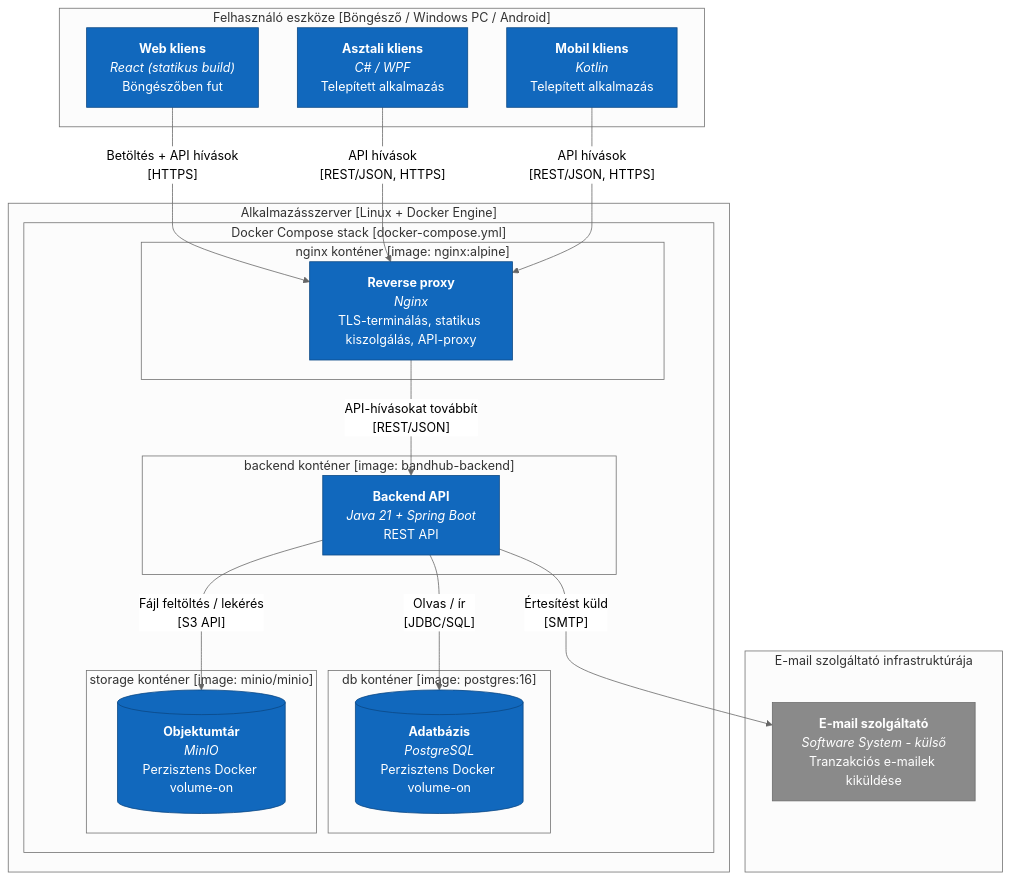
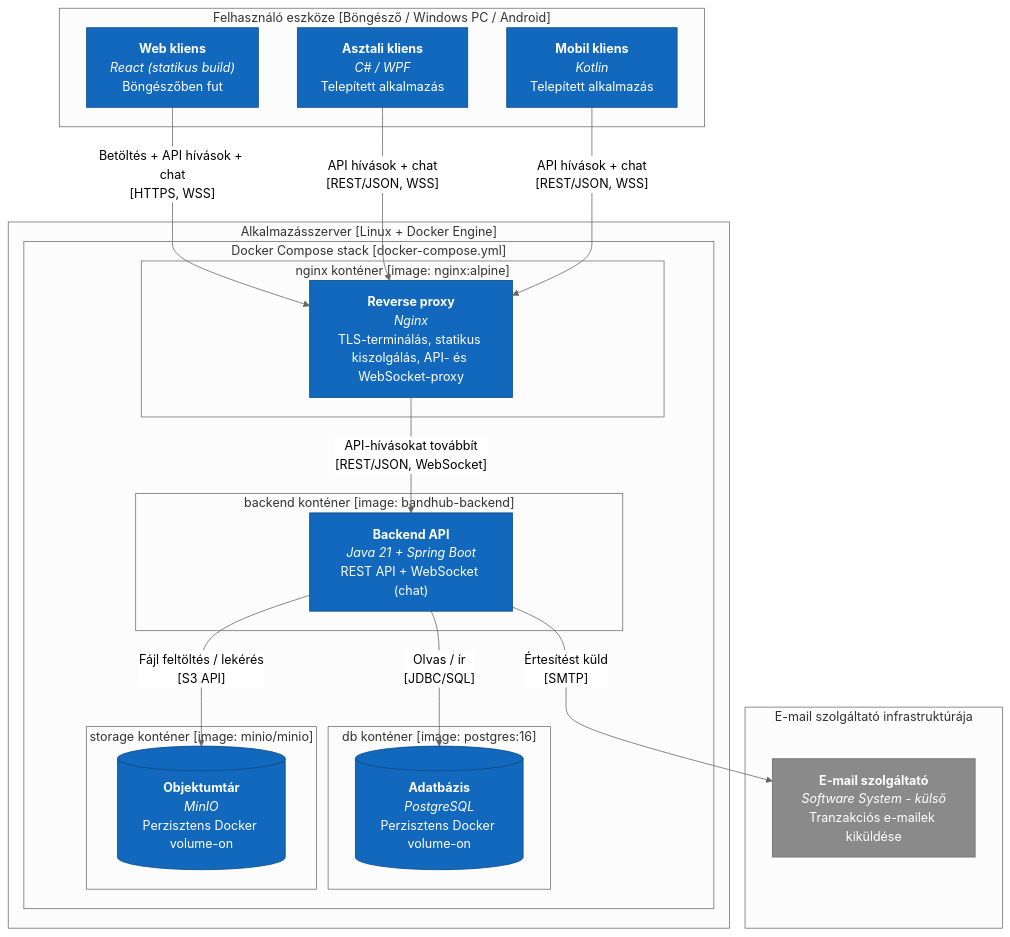
One commit to Kiyo200/BegBand changed the diagram in diagrams/mermaid/Deployment.md. Above: the diagram before and after it, drawn with Mermaid (neutral theme). The commit also changed 12 other files, not shown here.

````diff
--- a/diagrams/mermaid/Deployment.md
+++ b/diagrams/mermaid/Deployment.md
@@ -7,42 +7,42 @@
 ```mermaid
 flowchart TD
     subgraph userDevice["Felhasználó eszköze [Böngésző / Windows PC / Android]"]
         web["<b>Web kliens</b><br/><i>React (statikus build)</i><br/>Böngészőben fut"]
         desktop["<b>Asztali kliens</b><br/><i>C# / WPF</i><br/>Telepített alkalmazás"]
         mobile["<b>Mobil kliens</b><br/><i>Kotlin</i><br/>Telepített alkalmazás"]
     end
 
     subgraph appServer["Alkalmazásszerver [Linux + Docker Engine]"]
         subgraph compose["Docker Compose stack [docker-compose.yml]"]
             subgraph nginxNode["nginx konténer [image: nginx:alpine]"]
-                nginx["<b>Reverse proxy</b><br/><i>Nginx</i><br/>TLS-terminálás, statikus kiszolgálás, API-proxy"]
+                nginx["<b>Reverse proxy</b><br/><i>Nginx</i><br/>TLS-terminálás, statikus kiszolgálás, API- és WebSocket-proxy"]
             end
             subgraph backendNode["backend konténer [image: bandhub-backend]"]
-                backend["<b>Backend API</b><br/><i>Java 21 + Spring Boot</i><br/>REST API"]
+                backend["<b>Backend API</b><br/><i>Java 21 + Spring Boot</i><br/>REST API + WebSocket (chat)"]
             end
             subgraph dbNode["db konténer [image: postgres:16]"]
                 db[("<b>Adatbázis</b><br/><i>PostgreSQL</i><br/>Perzisztens Docker volume-on")]
             end
             subgraph storageNode["storage konténer [image: minio/minio]"]
                 storage[("<b>Objektumtár</b><br/><i>MinIO</i><br/>Perzisztens Docker volume-on")]
             end
         end
     end
 
     subgraph emailInfra["E-mail szolgáltató infrastruktúrája"]
         email["<b>E-mail szolgáltató</b><br/><i>Software System - külső</i><br/>Tranzakciós e-mailek kiküldése"]
     end
 
-    web -->|"Betöltés + API hívások<br/>[HTTPS]"| nginx
-    desktop -->|"API hívások<br/>[REST/JSON, HTTPS]"| nginx
-    mobile -->|"API hívások<br/>[REST/JSON, HTTPS]"| nginx
-    nginx -->|"API-hívásokat továbbít<br/>[REST/JSON]"| backend
+    web -->|"Betöltés + API hívások + chat<br/>[HTTPS, WSS]"| nginx
+    desktop -->|"API hívások + chat<br/>[REST/JSON, WSS]"| nginx
+    mobile -->|"API hívások + chat<br/>[REST/JSON, WSS]"| nginx
+    nginx -->|"API-hívásokat továbbít<br/>[REST/JSON, WebSocket]"| backend
     backend -->|"Olvas / ír<br/>[JDBC/SQL]"| db
     backend -->|"Fájl feltöltés / lekérés<br/>[S3 API]"| storage
     backend -->|"Értesítést küld<br/>[SMTP]"| email
 
     classDef container fill:#1168BD,stroke:#0B4884,color:#fff
     classDef external fill:#8A8A8A,stroke:#6B6B6B,color:#fff
     class web,desktop,mobile,nginx,backend,db,storage container
     class email external
 ```
````
